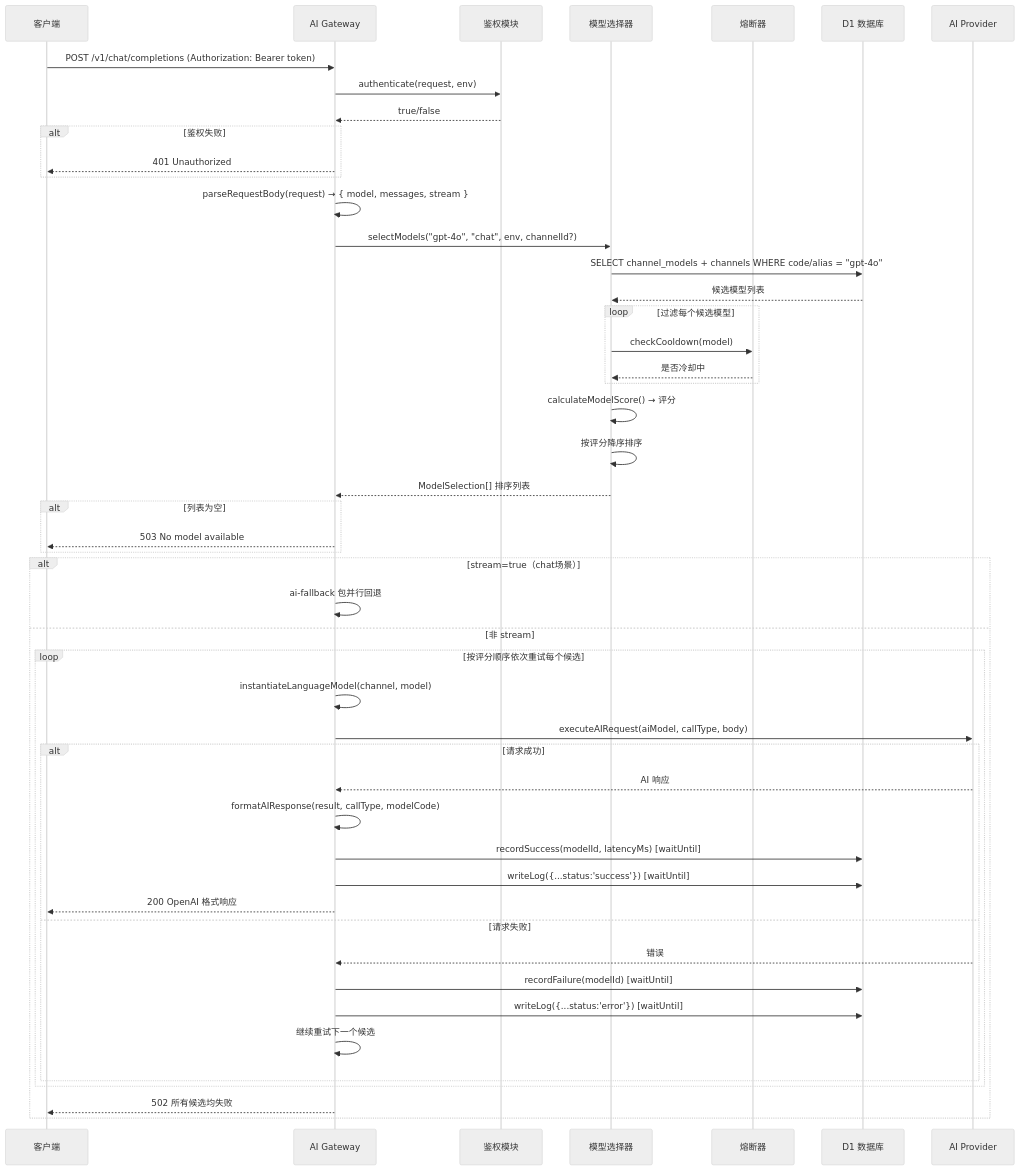
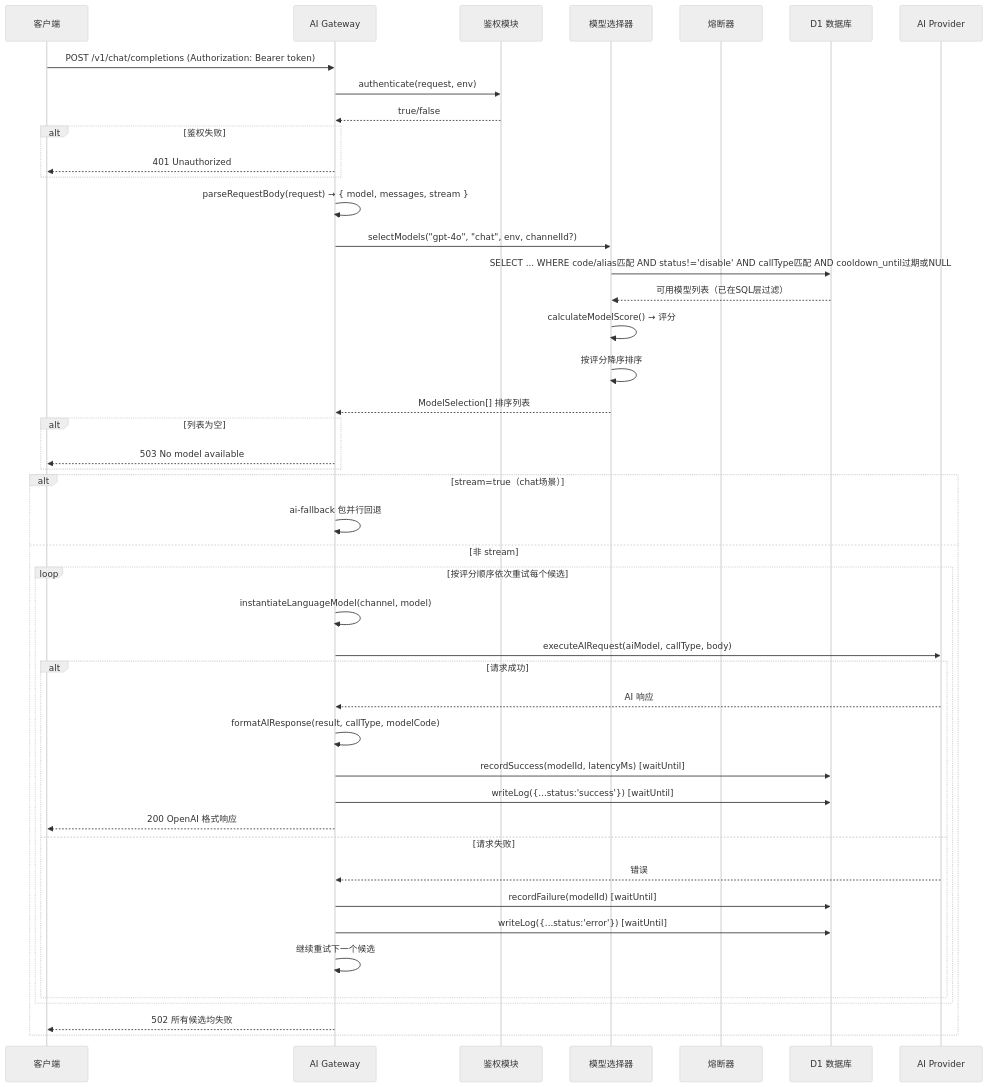
Before and after one commit to excing/open-ai-gateway: the third of 7 diagrams in DEVELOPMENT.md, drawn with Mermaid (neutral theme). The commit also changed other lines of this file and 1 other file, not shown here.

Commit message:
refactor: rename open_end_at to cooldown_until for clarity in cooldown logic

````diff
--- a/DEVELOPMENT.md
+++ b/DEVELOPMENT.md
@@ -1337,52 +1339,48 @@
 ```mermaid
 sequenceDiagram
     participant C as 客户端
     participant GW as AI Gateway
     participant Auth as 鉴权模块
     participant Sel as 模型选择器
     participant CB as 熔断器
     participant DB as D1 数据库
     participant P as AI Provider
 
     C->>GW: POST /v1/chat/completions (Authorization: Bearer token)
     GW->>Auth: authenticate(request, env)
     Auth-->>GW: true/false
     alt 鉴权失败
         GW-->>C: 401 Unauthorized
     end
     GW->>GW: parseRequestBody(request) → { model, messages, stream }
     GW->>Sel: selectModels("gpt-4o", "chat", env, channelId?)
-    Sel->>DB: SELECT channel_models + channels WHERE code/alias = "gpt-4o"
-    DB-->>Sel: 候选模型列表
-    loop 过滤每个候选模型
-        Sel->>CB: checkCooldown(model)
-        CB-->>Sel: 是否冷却中
-    end
+    Sel->>DB: SELECT ... WHERE code/alias匹配 AND status!='disable' AND callType匹配 AND cooldown_until过期或NULL
+    DB-->>Sel: 可用模型列表（已在SQL层过滤）
     Sel->>Sel: calculateModelScore() → 评分
     Sel->>Sel: 按评分降序排序
     Sel-->>GW: ModelSelection[] 排序列表
     alt 列表为空
         GW-->>C: 503 No model available
     end
     alt stream=true（chat场景）
         GW->>GW: ai-fallback 包并行回退
     else 非 stream
         loop 按评分顺序依次重试每个候选
             GW->>GW: instantiateLanguageModel(channel, model)
             GW->>P: executeAIRequest(aiModel, callType, body)
             alt 请求成功
                 P-->>GW: AI 响应
                 GW->>GW: formatAIResponse(result, callType, modelCode)
                 GW->>DB: recordSuccess(modelId, latencyMs) [waitUntil]
                 GW->>DB: writeLog({...status:'success'}) [waitUntil]
                 GW-->>C: 200 OpenAI 格式响应
             else 请求失败
                 P-->>GW: 错误
                 GW->>DB: recordFailure(modelId) [waitUntil]
                 GW->>DB: writeLog({...status:'error'}) [waitUntil]
                 GW->>GW: 继续重试下一个候选
             end
         end
         GW-->>C: 502 所有候选均失败
     end
 ```
````
